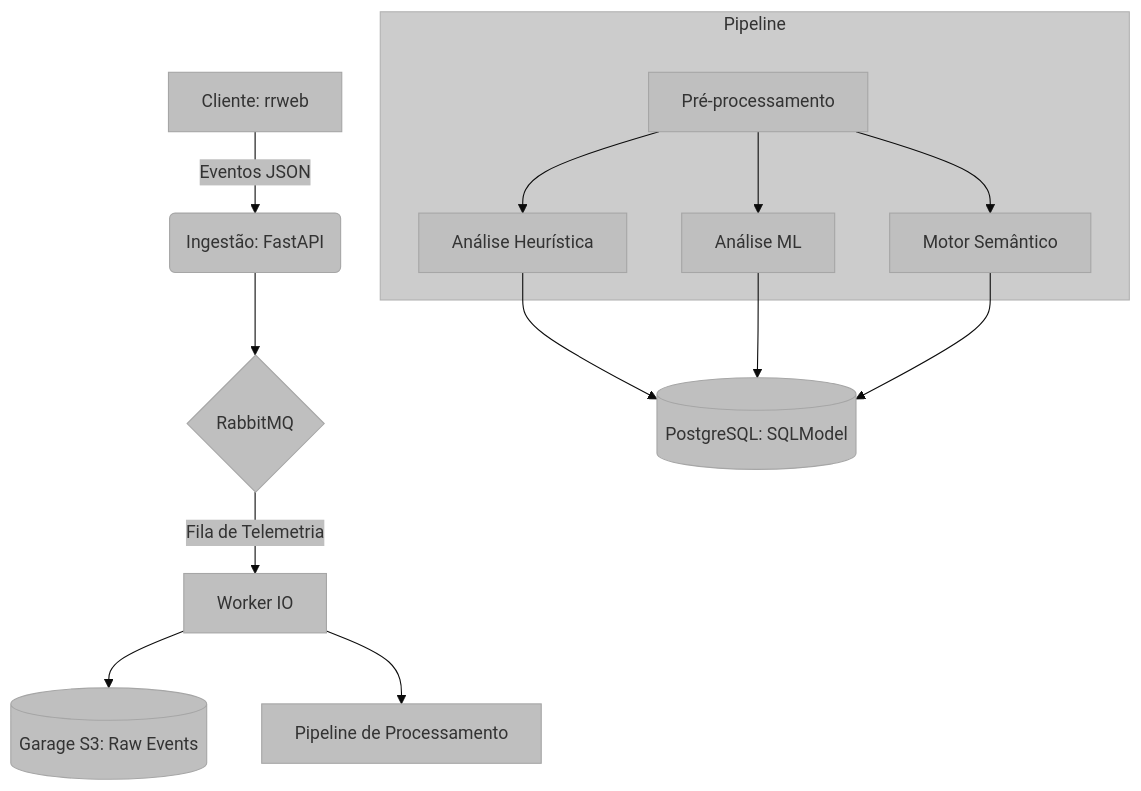
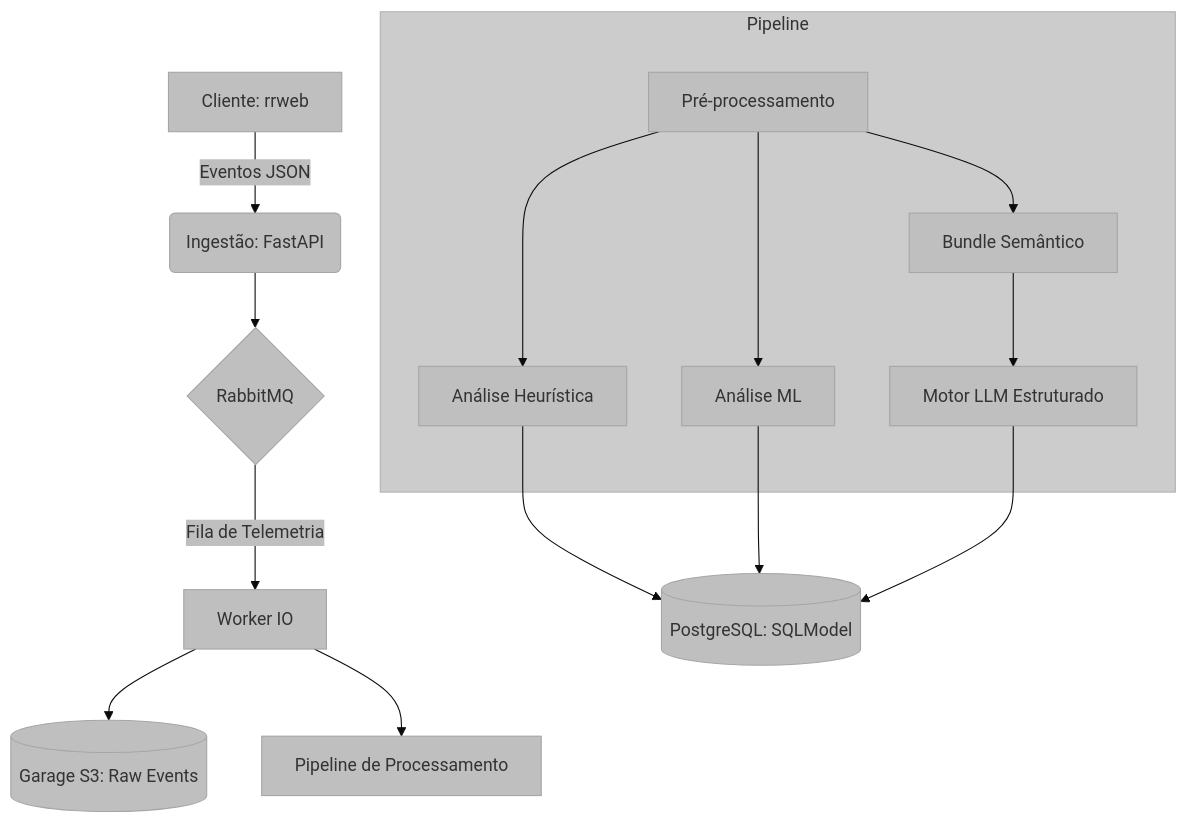
Before and after one commit to marcus-v-rodrigues/ux-auditor-api: the diagram in docs/overview.md, drawn with Mermaid. The commit also changed other lines of this file and 7 other files, not shown here.

````diff
--- a/docs/overview.md
+++ b/docs/overview.md
@@ -13,15 +13,16 @@
 ```mermaid
 %%{init: {'theme': 'base', 'themeVariables': { 'primaryColor': '#bfbfbf', 'edgeColor': '#5d5d5d' }, "flowchart": {"subGraphTitleMargin": {"bottom": 30}}}}%%
 graph TD
     A[Cliente: rrweb] -->|Eventos JSON| B(Ingestão: FastAPI)
     B --> C{RabbitMQ}
     C -->|Fila de Telemetria| D[Worker IO]
     D --> E[(Garage S3: Raw Events)]
     D --> F[Pipeline de Processamento]
     subgraph Pipeline
         F1[Pré-processamento] --> F2[Análise Heurística]
         F1 --> F3[Análise ML]
-        F1 --> F4[Motor Semântico]
+        F1 --> F4[Bundle Semântico]
+        F4 --> F5[Motor LLM Estruturado]
     end
-    F2 & F3 & F4 --> G[(PostgreSQL: SQLModel)]
+    F2 & F3 & F5 --> G[(PostgreSQL: SQLModel)]
 ```
````
